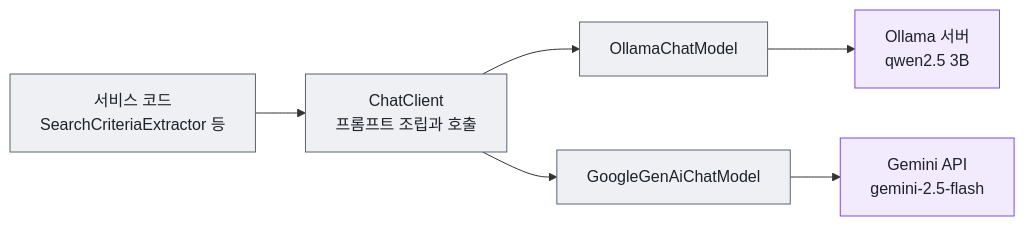
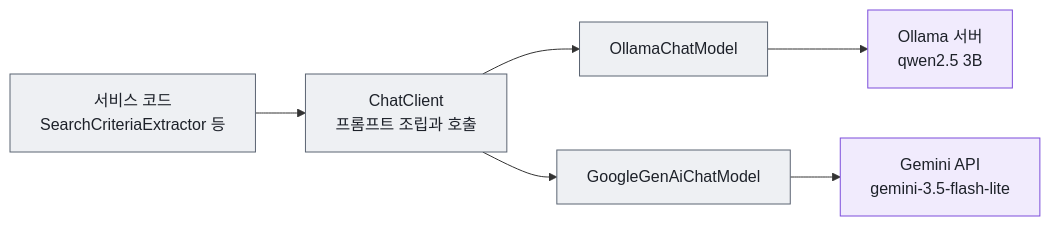
Before and after one commit to nhn-academy-marco/ai-fly-schedule: the second of 3 diagrams in docs/01-llm-and-spring-ai.md, drawn with Mermaid. The commit also changed other lines of this file and 13 other files, not shown here.

````diff
--- a/docs/01-llm-and-spring-ai.md
+++ b/docs/01-llm-and-spring-ai.md
@@ -54,12 +56,12 @@
 ```mermaid
 flowchart LR
     S["서비스 코드<br/>SearchCriteriaExtractor 등"]:::code --> CC["ChatClient<br/>프롬프트 조립과 호출"]:::code
     CC --> M1["OllamaChatModel"]:::code
     CC --> M2["GoogleGenAiChatModel"]:::code
     M1 --> L1["Ollama 서버<br/>qwen2.5 3B"]:::llm
-    M2 --> L2["Gemini API<br/>gemini-2.5-flash"]:::llm
+    M2 --> L2["Gemini API<br/>gemini-3.5-flash-lite"]:::llm
     classDef code fill:#eef0f3,stroke:#5b6472,color:#1d2129
     classDef llm fill:#f1ebfd,stroke:#7c4ddb,color:#1d2129
     classDef tool fill:#fdf0e3,stroke:#d9822b,color:#1d2129
     classDef worker fill:#e6f6f0,stroke:#1f9d74,color:#1d2129
 ```
````
